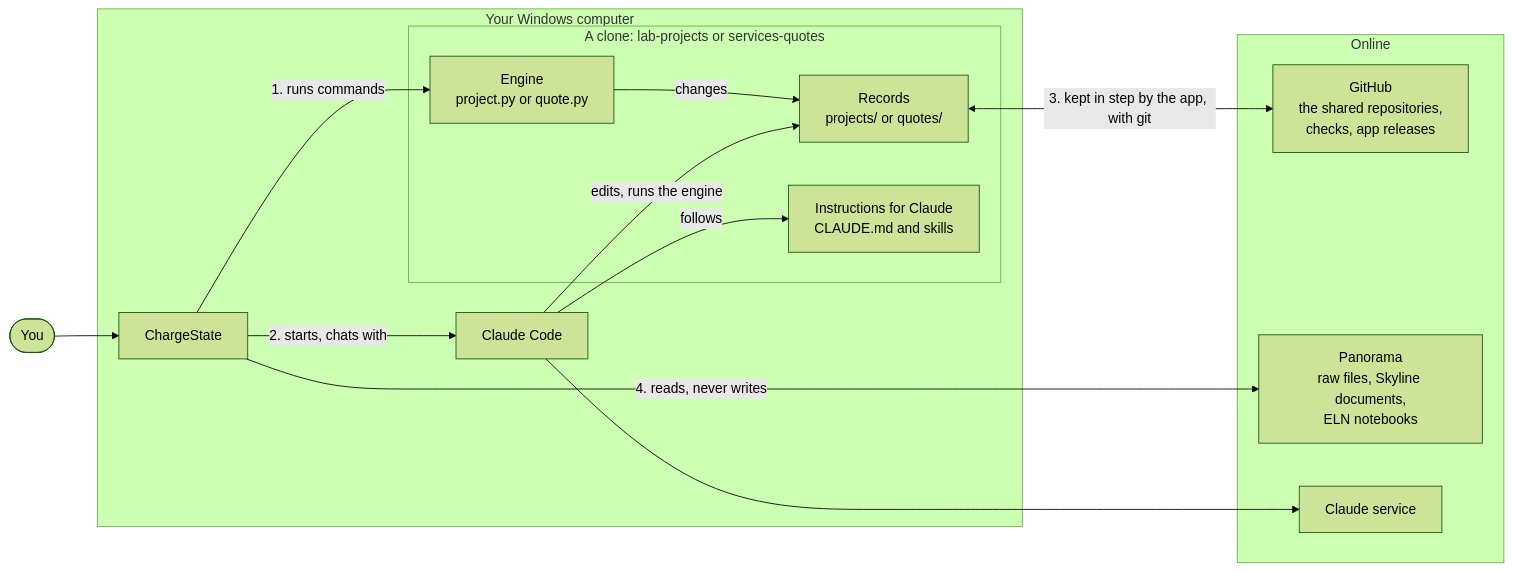
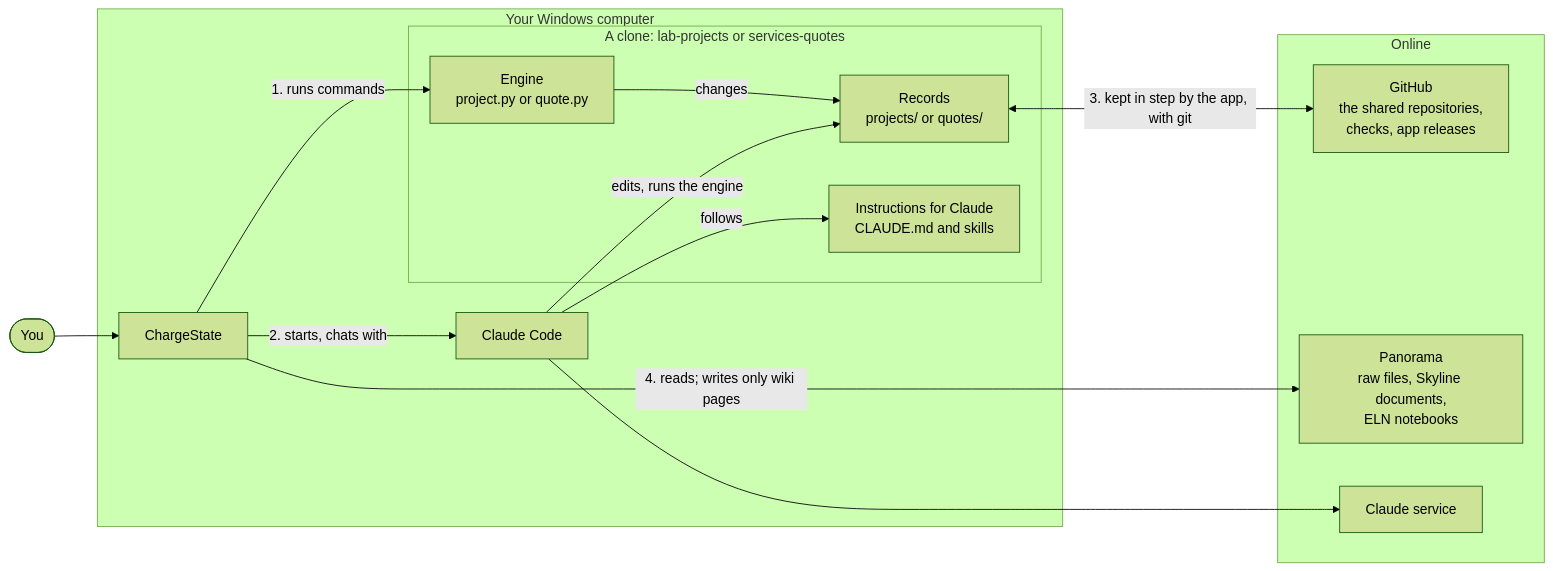
One commit to uw-maccosslab/LabOps changed the first of 6 diagrams in docs/architecture.md. Above: the diagram before and after it, drawn with Mermaid (forest theme). The commit also changed other lines of this file and 21 other files, not shown here.

First line of the commit message:
Wiki page: each project's page on Panorama, published from the app and kept up to date

````diff
--- a/docs/architecture.md
+++ b/docs/architecture.md
@@ -26,29 +26,29 @@
 ```mermaid
 flowchart LR
     you(["You"]) --> app
 
     subgraph computer["Your Windows computer"]
         app["ChargeState"]
         claude["Claude Code"]
         subgraph clone["A clone: lab-projects or services-quotes"]
             records["Records<br/>projects/ or quotes/"]
             engine["Engine<br/>project.py or quote.py"]
             guide["Instructions for Claude<br/>CLAUDE.md and skills"]
         end
     end
 
     subgraph online["Online"]
         github["GitHub<br/>the shared repositories,<br/>checks, app releases"]
         panorama["Panorama<br/>raw files, Skyline documents,<br/>ELN notebooks"]
         claudeService["Claude service"]
     end
 
     app -->|"1. runs commands"| engine
     engine -->|"changes"| records
     app -->|"2. starts, chats with"| claude
     claude -->|"follows"| guide
     claude -->|"edits, runs the engine"| records
     records <-->|"3. kept in step by the app, with git"| github
-    app -->|"4. reads, never writes"| panorama
+    app -->|"4. reads; writes only wiki pages"| panorama
     claude --> claudeService
 ```
````
